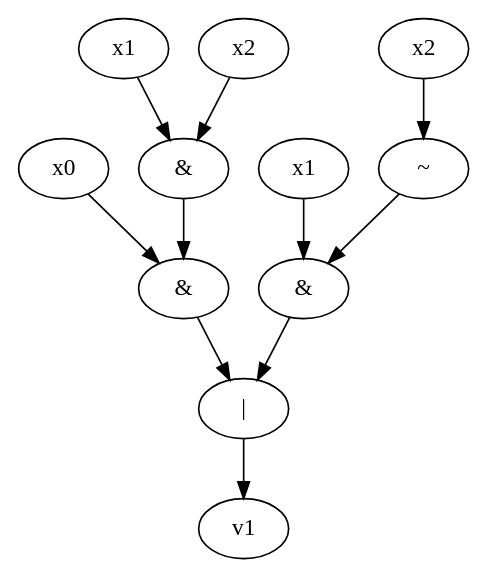
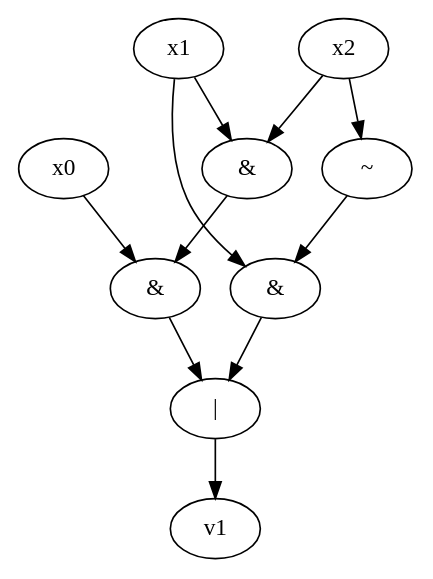
One commit to yadej/graph_project changed the diagram in tmp2.dot. Above: the diagram before and after it, drawn with Graphviz. The commit also changed 5 other files, not shown here.

```diff
--- a/tmp2.dot
+++ b/tmp2.dot
@@ -1,22 +1,18 @@
 digraph G { 
 v0 [label="|"]; 
 v2 [label="&"]; 
 v3 [label="x0"]; 
 v4 [label="&"]; 
 v5 [label="x1"]; 
 v6 [label="x2"]; 
 v7 [label="&"]; 
-v8 [label="x1"]; 
 v9 [label="~"]; 
-v10 [label="x2"]; 
 v0 -> v1;
 v2 -> v0;
 v3 -> v2;
 v4 -> v2;
 v5 -> v4;
+v5 -> v7 -> v0;
 v6 -> v4;
-v7 -> v0;
-v8 -> v7;
-v9 -> v7;
-v10 -> v9;
+v6 -> v9 -> v7;
 }
```
